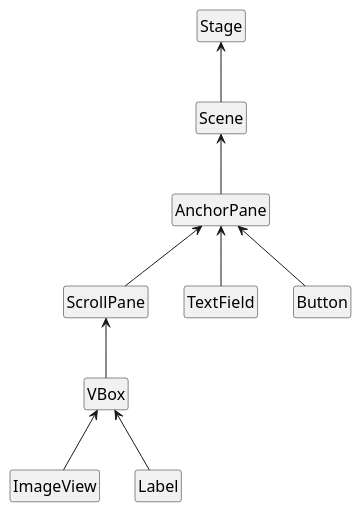
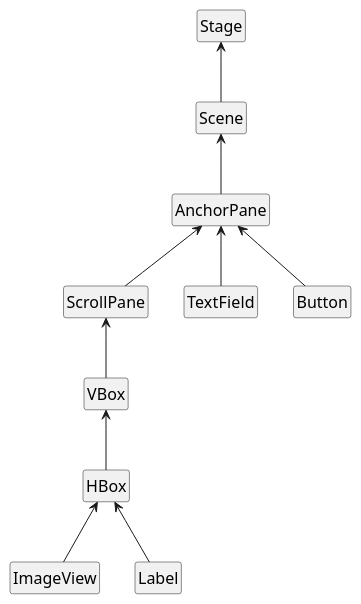
The diagram in tutorials/javaFxPart2.md (se-edu/guides), drawn with PlantUML before and after one commit.

Commit message:
javaFxPart2: Add missing HBox in layout tree

```diff
--- a/tutorials/javaFxPart2.md
+++ b/tutorials/javaFxPart2.md
@@ -51,26 +51,28 @@
 @startuml
 hide members
 hide circle
 skinparam shadowing false
 skinparam ClassFontSize 16
 skinparam ClassFontName Arial
 
 class Stage
 class Scene
 class AnchorPane
 class ScrollPane
 class VBox
+class HBox
 class ImageView
 class Label
 
 Scene -up-> Stage
 AnchorPane -up-> Scene
 ScrollPane -up-> AnchorPane
 
 TextField -up-> AnchorPane
 Button -up-> AnchorPane
 
 VBox -up-> ScrollPane
-ImageView -up-> VBox
-Label -up-> VBox
+HBox -up-> VBox
+ImageView -up-> HBox
+Label -up-> HBox
 @enduml
```
